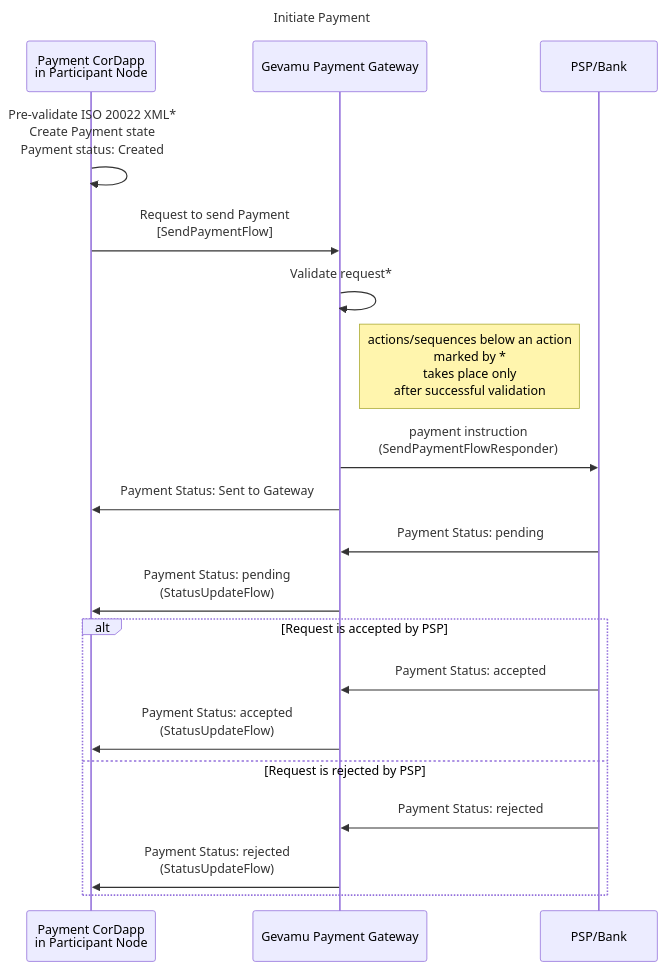
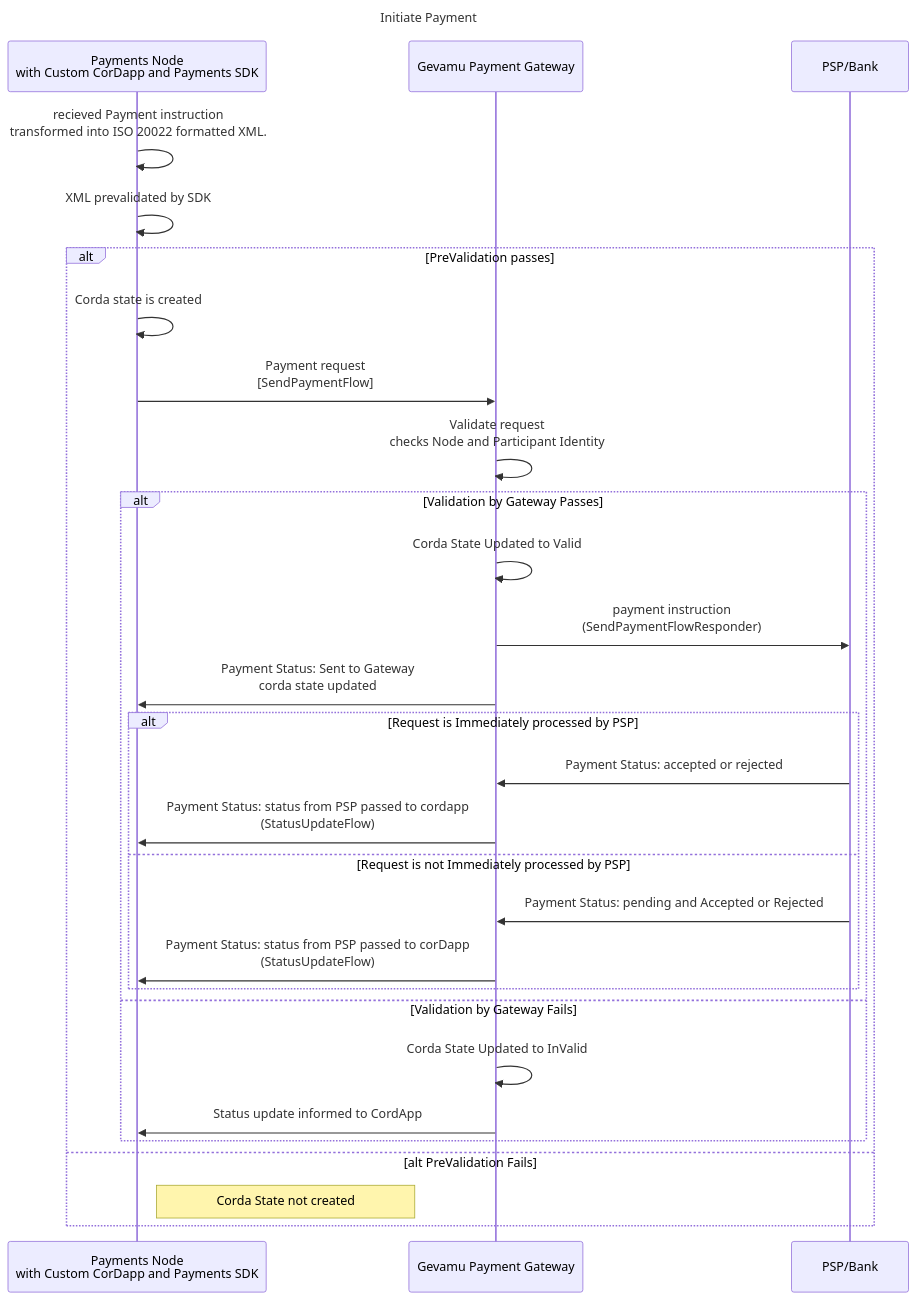
Before and after one commit to gevamu/gevamu.github.io: the diagram in content/3.workflow/4.payment-initiation.md, drawn with Mermaid. The commit also changed other lines of this file, not shown here.

Commit message:
Update Sequence Diagram

````diff
--- a/content/3.workflow/4.payment-initiation.md
+++ b/content/3.workflow/4.payment-initiation.md
@@ -21,37 +24,50 @@
 ```mermaid
 ---
 title: Initiate Payment
 ---
 sequenceDiagram
-   
-    participant pcd as Payment CorDapp<br/> in Participant Node
+    %% Participants
+    participant pn as Payments Node <br/> with Custom CorDapp and Payments SDK 
     participant gpg as Gevamu Payment Gateway
     participant psp as PSP/Bank
 
-    pcd ->> pcd: Pre-validate ISO 20022 XML* <br/> Create Payment state <br/> Payment status: Created
-    pcd ->> gpg: Request to send Payment<br/>[SendPaymentFlow]
-    gpg ->> gpg: Validate request* 
+    pn ->> pn: recieved Payment instruction  <br/> transformed into ISO 20022 formatted XML.
+    pn ->> pn: XML prevalidated by SDK
 
-    Note right of gpg: actions/sequences below an action <br/> marked by * <br /> takes place only <br/> after successful validation
+    %% prevalidation by SDK
+    alt PreValidation passes
+        pn  ->>  pn: Corda state is created
+        pn  ->> gpg: Payment request<br/>[SendPaymentFlow]
+        gpg ->> gpg: Validate request <br/> checks Node and Participant Identity
 
-    gpg ->> psp: payment instruction <br /> (SendPaymentFlowResponder)
-    gpg ->> pcd: Payment Status: Sent to Gateway
-    psp ->> gpg: Payment Status: pending
-    gpg ->> pcd: Payment Status: pending <br/> (StatusUpdateFlow)
+        ## validation by Gateway
+        alt Validation by Gateway Passes
+            gpg ->> gpg: Corda State Updated to Valid
+            gpg ->> psp: payment instruction <br /> (SendPaymentFlowResponder)
+            gpg ->> pn: Payment Status: Sent to Gateway <br/> corda state updated
 
+            %% immediate decision by PSP
+            alt Request is Immediately processed by PSP
+                psp ->> gpg: Payment Status: accepted or rejected
+                gpg ->> pn : Payment Status: status from PSP passed to cordapp <br/>(StatusUpdateFlow)
+            
+            else Request is not Immediately processed by PSP
+                psp ->> gpg: Payment Status: pending and Accepted or Rejected
+                gpg ->> pn : Payment Status: status from PSP passed to corDapp <br/> (StatusUpdateFlow)
 
-    %% Rejected by PSP
+            end
 
-        alt Request is accepted by PSP
-            psp ->> gpg: Payment Status: accepted
-            gpg ->> pcd: Payment Status: accepted <br/> (StatusUpdateFlow)
+        %% validation by gateway fails
+        else Validation by Gateway Fails
+            gpg ->> gpg: Corda State Updated to InValid
+            gpg ->> pn : Status update informed to CordApp
 
-    %% Accepted by PSP 
-
-        else Request is rejected by PSP
-            psp ->> gpg: Payment Status: rejected
-            gpg ->> pcd: Payment Status: rejected <br/> (StatusUpdateFlow)
-            
         end
 
+    %% prevalidation
+    else alt PreValidation Fails
+
+    Note right of pn: Corda State not created
+            
+    end
 ```
````
